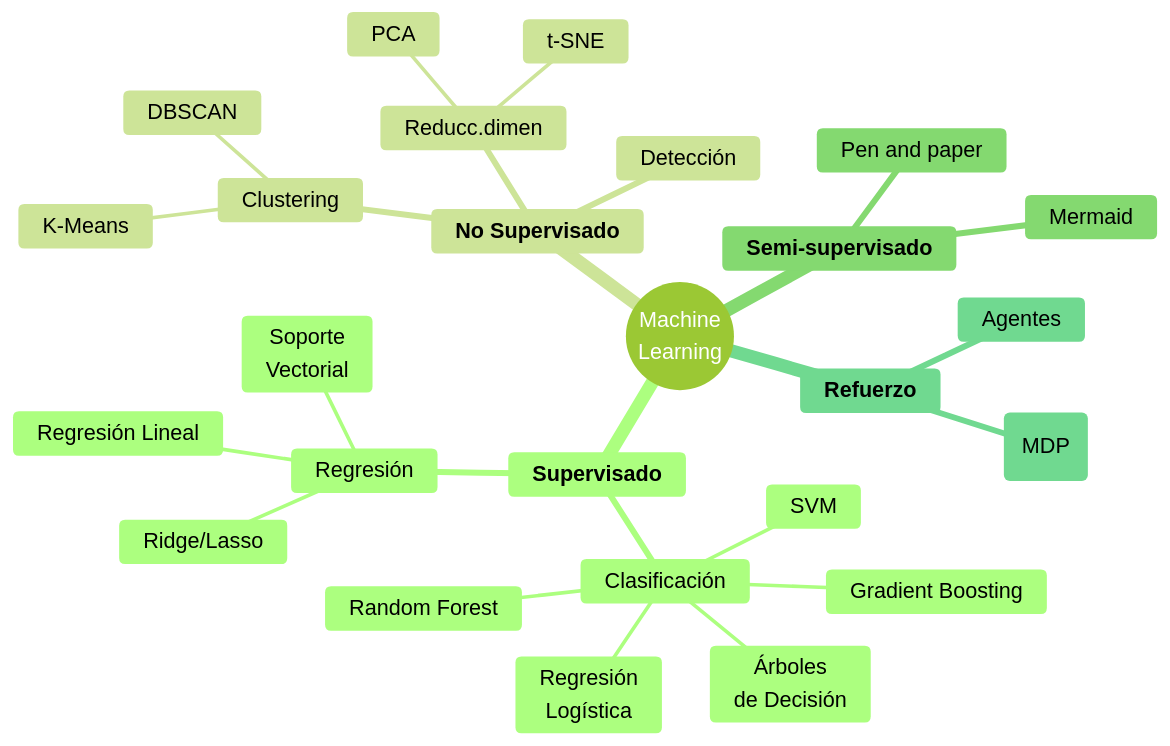
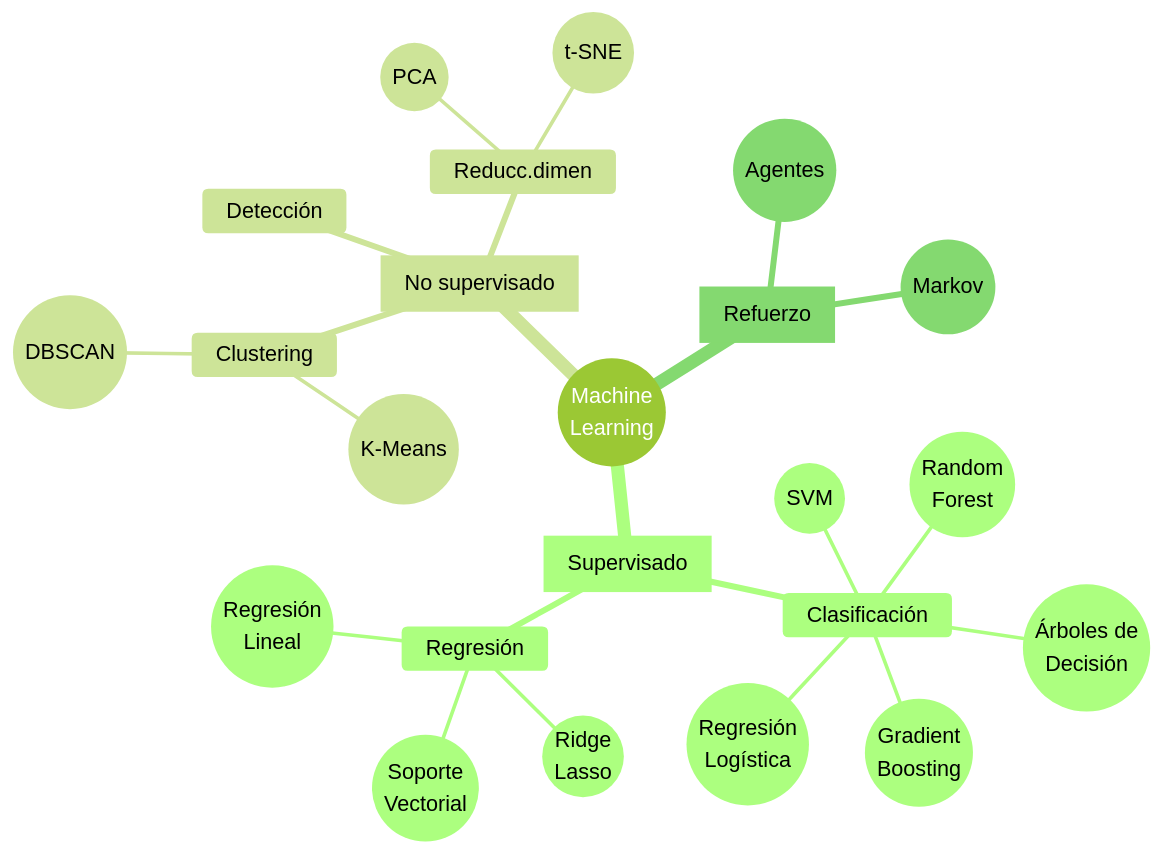
One commit to paranedagarcia/ciencia-de-datos changed the second of 2 diagrams in docs/05-machinelearning/1-introduccion.md. Above: the diagram before and after it, drawn with Mermaid. The commit also changed other lines of this file and 4 other files, not shown here.

````diff
--- a/docs/05-machinelearning/1-introduccion.md
+++ b/docs/05-machinelearning/1-introduccion.md
@@ -257,37 +258,37 @@
 ```mermaid
 ---
 config:
   theme: 'forest'
   themeVariables:
      fontSize: 18px
 ---
 mindmap
   root((Machine<br>Learning))
-    **Supervisado**
+    Supervisado[Supervisado]
       Clasificación
-        Regresión<br>Logística
-        Árboles <br>de Decisión
-        SVM
-        Random Forest
-        Gradient Boosting
+        REG((Regresión<br>Logística))
+        AD((Árboles de<br>Decisión))
+        SVM((SVM))
+        RF((Random<br> Forest))
+        GB((Gradient<br> Boosting))
       Regresión
-        Regresión Lineal
-        Ridge/Lasso
-        Soporte<br>Vectorial
-    **No Supervisado**
+        RL((Regresión<br> Lineal))
+        RID((Ridge<br>Lasso))
+        SV((Soporte<br>Vectorial))
+
+    No-Supervisado[No supervisado]
       Clustering
-        K-Means
-        DBSCAN
+        KM((K-Means))
+        DBSCAN((DBSCAN))
       Reducc.dimen
-        PCA
-        t-SNE
+        PCA((PCA))
+        t-SNE((t-SNE))
       Detección
-        
-    **Semi-supervisado**
-      Pen and paper
-      Mermaid
 
-    **Refuerzo**
-      Agentes
-      Markov (MDP)
+
+    Refuerzo[Refuerzo]
+      Agentes((Agentes))
+      MDP((Markov))
+
+
 ```
````
